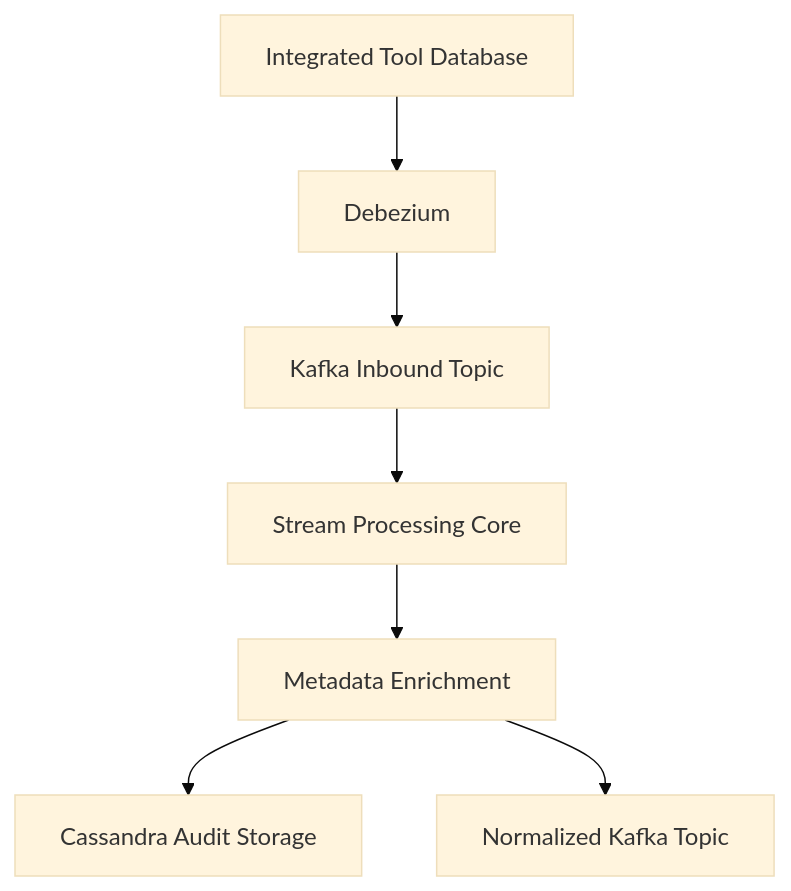
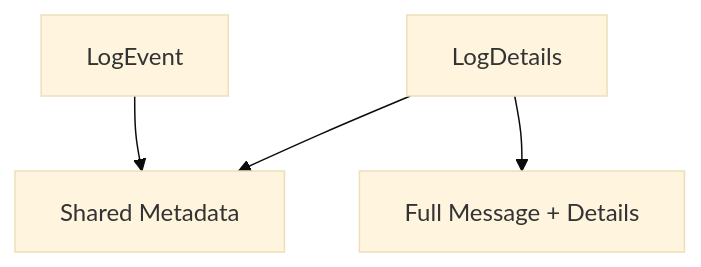
The third of 7 diagrams in docs/reference/architecture/README.md (flamingo-stack/openframe-oss-lib), drawn with Mermaid (base theme) before and after one commit. The commit also changed other lines of this file and 15 other files, not shown here.

Commit message:
docs: Stage 2 - Architecture analysis (3 files) [skip ci]

````diff
--- a/docs/reference/architecture/README.md
+++ b/docs/reference/architecture/README.md
@@ -153,9 +151,6 @@
 ```mermaid
 flowchart TD
-    ToolDB["Integrated Tool Database"] --> Debezium
-    Debezium --> KafkaInbound["Kafka Inbound Topic"]
-    KafkaInbound --> Stream["Stream Processing Core"]
-    Stream --> Enrichment["Metadata Enrichment"]
-    Enrichment --> Cassandra["Cassandra Audit Storage"]
-    Enrichment --> KafkaOut["Normalized Kafka Topic"]
+    LogEventNode["LogEvent"] --> Shared["Shared Metadata"]
+    LogDetailsNode["LogDetails"] --> Shared
+    LogDetailsNode --> Extra["Full Message + Details"]
 ```
````
